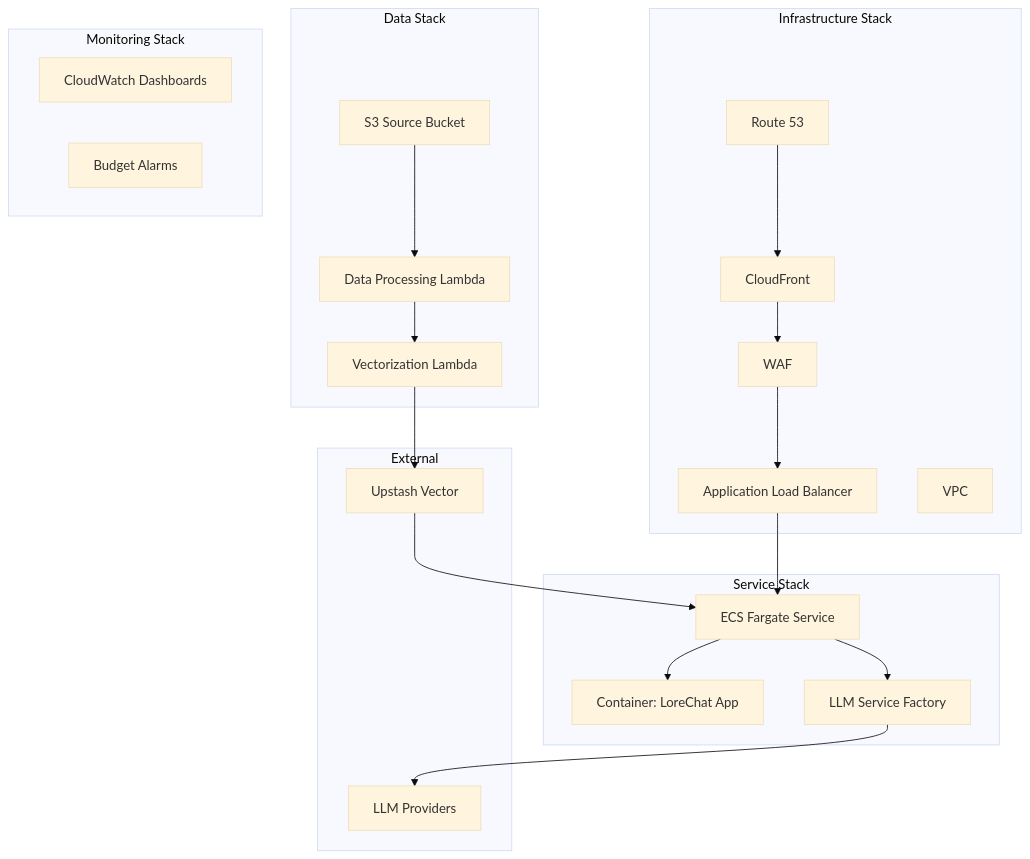
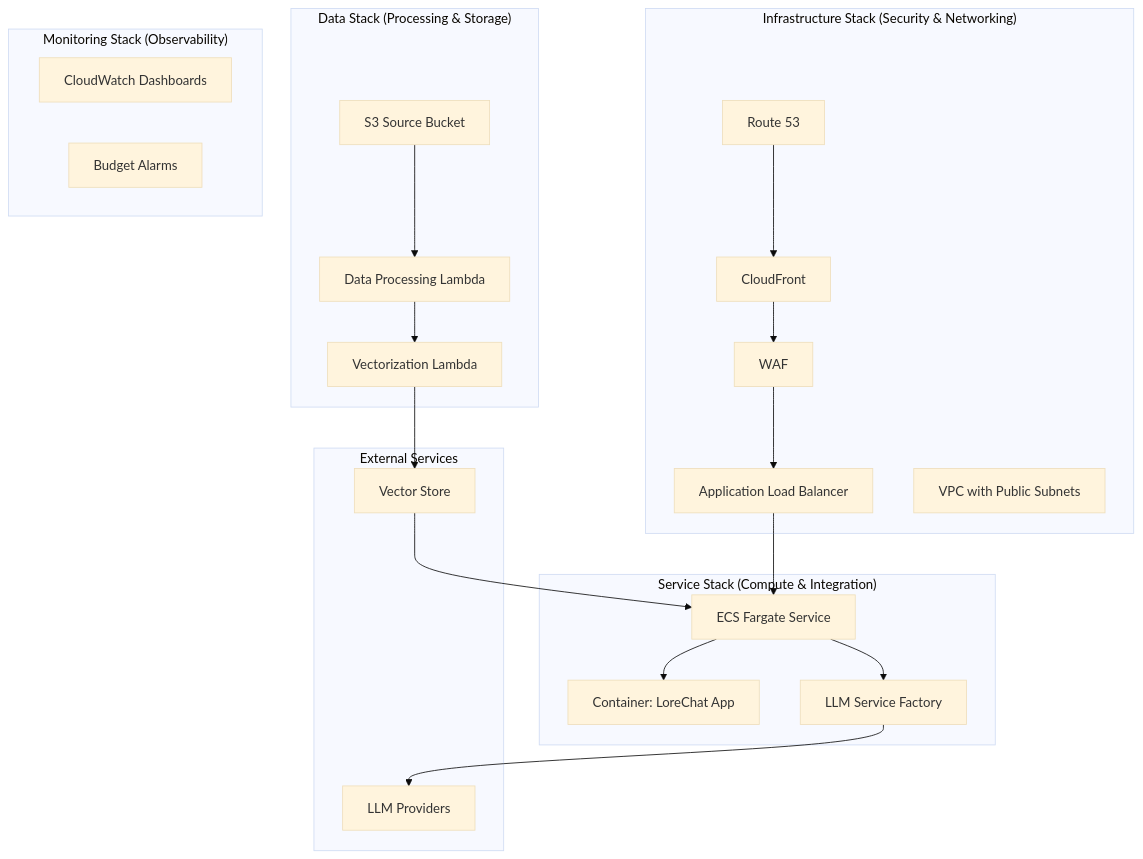
Before and after one commit to laialex501/lorechat-cdk: the first of 7 diagrams in README.md, drawn with Mermaid (base theme). The commit also changed other lines of this file and 7 other files, not shown here.

````diff
--- a/README.md
+++ b/README.md
@@ -25,36 +26,36 @@
 ```mermaid
 graph TD
-    subgraph "Infrastructure Stack"
+    subgraph "Infrastructure Stack (Security & Networking)"
         A[CloudFront] --> B[WAF]
         B --> C[Application Load Balancer]
         E[Route 53] --> A
-        D[VPC]
+        D[VPC with Public Subnets]
     end
 
-    subgraph "Service Stack"
+    subgraph "Service Stack (Compute & Integration)"
         C --> F[ECS Fargate Service]
         F --> G[Container: LoreChat App]
         O[LLM Service Factory]
     end
 
-    subgraph "Data Stack"
+    subgraph "Data Stack (Processing & Storage)"
         H[S3 Source Bucket]
         J[Data Processing Lambda]
         K[Vectorization Lambda]
         H --> J --> K
     end
 
-    subgraph "Monitoring Stack"
+    subgraph "Monitoring Stack (Observability)"
         M[CloudWatch Dashboards]
         N[Budget Alarms]
     end
 
-    subgraph "External"
-        L[Upstash Vector]
+    subgraph "External Services"
+        L[Vector Store]
         P[LLM Providers]
     end
 
     K --> L
     F --> O --> P
     L --> F
 ```
````
